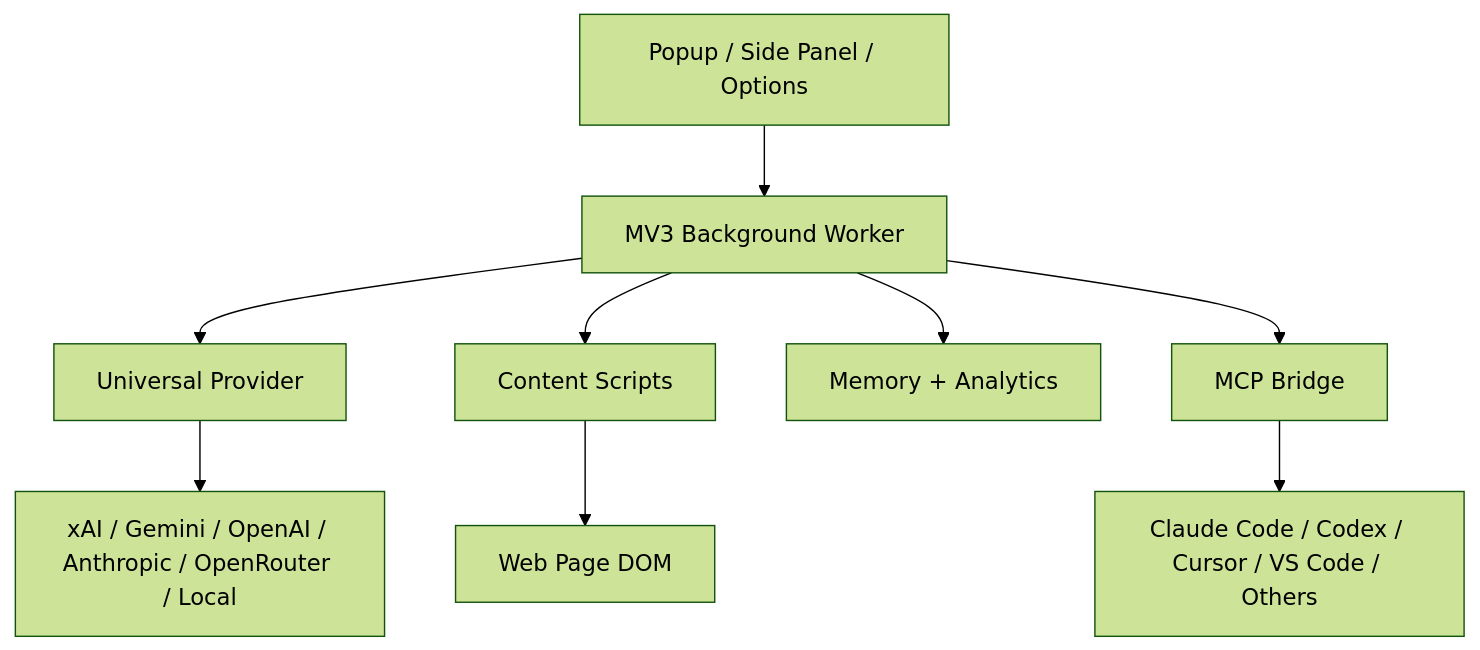
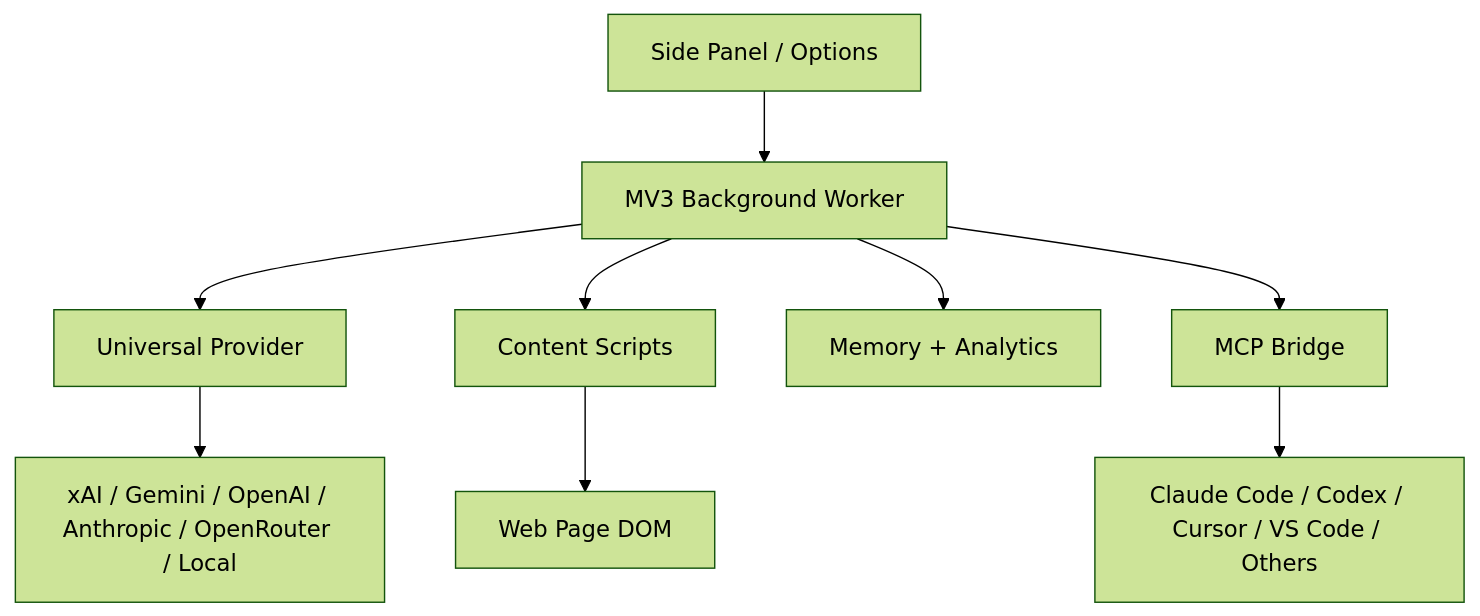
Before and after one commit to LakshmanTurlapati/FSB: the diagram in README.md, drawn with Mermaid (forest theme). The commit also changed other lines of this file and 31 other files, not shown here.

````diff
--- a/README.md
+++ b/README.md
@@ -350,11 +367,11 @@
 ```mermaid
 graph TB
-    UI["Popup / Side Panel / Options"] --> BG["MV3 Background Worker"]
+    UI["Side Panel / Options"] --> BG["MV3 Background Worker"]
     BG --> AI["Universal Provider"]
     BG --> CS["Content Scripts"]
     BG --> MEM["Memory + Analytics"]
     BG --> MCP["MCP Bridge"]
     AI --> APIs["xAI / Gemini / OpenAI / Anthropic / OpenRouter / Local"]
     CS --> PAGE["Web Page DOM"]
     MCP --> CLIENTS["Claude Code / Codex / Cursor / VS Code / Others"]
 ```
````
